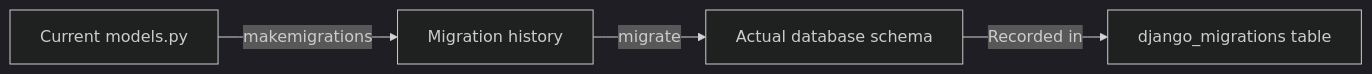
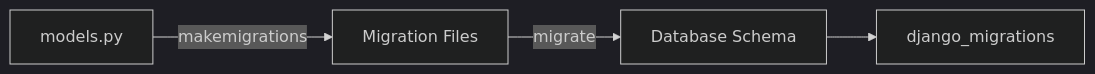
One commit to AvadhBhalodiya/Interview-Preparation changed the first of 10 diagrams in src/content/django/migrations.md. Above: the diagram before and after it, drawn with Mermaid (dark theme). The commit also changed other lines of this file and 80 other files, not shown here.

````diff
--- a/src/content/django/migrations.md
+++ b/src/content/django/migrations.md
@@ -23,6 +21,6 @@
 ```mermaid
 flowchart LR
-    A["Current models.py"] -->|makemigrations| B["Migration history"]
-    B -->|migrate| C["Actual database schema"]
-    C -->|Recorded in| D["django_migrations table"]
+    A["models.py"] -->|makemigrations| B["Migration Files"]
+    B -->|migrate| C["Database Schema"]
+    C --> D["django_migrations"]
 ```
````
